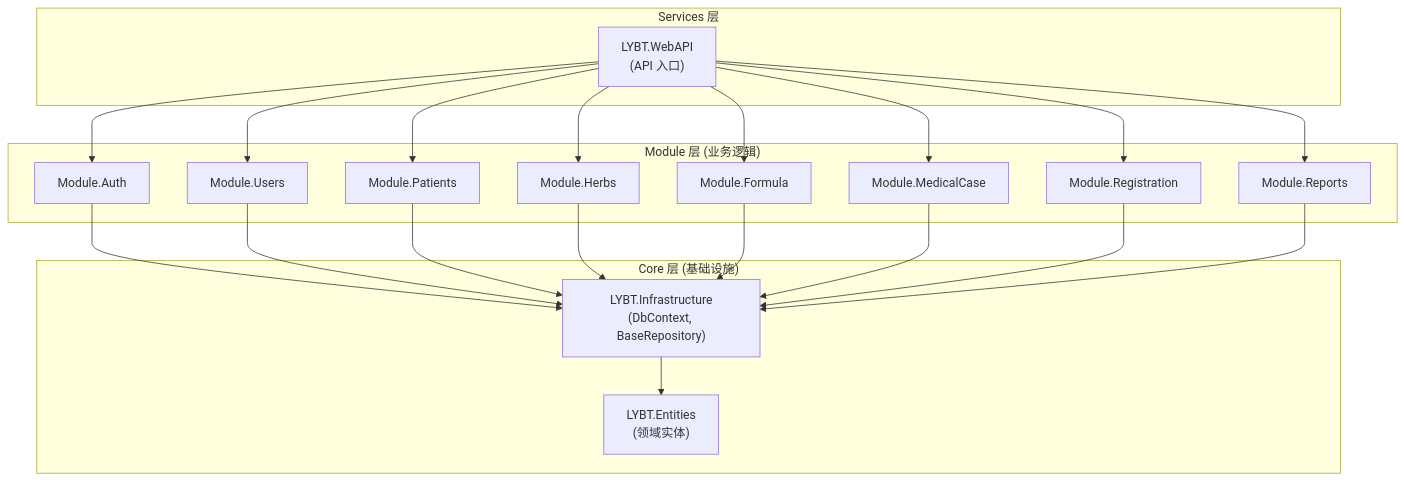
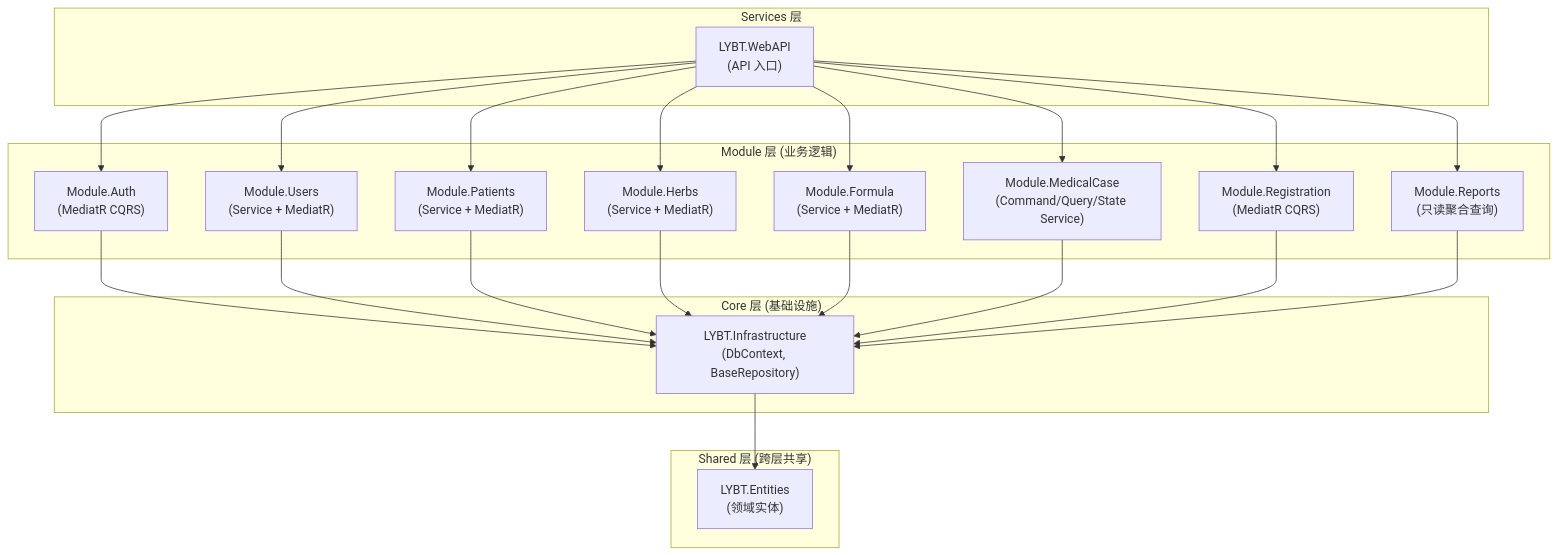
The first of 2 diagrams in docs/03-architecture/03-server.md (shouqitao/LYBTZYZS), drawn with Mermaid before and after one commit. The commit also changed other lines of this file and 1 other file, not shown here.

Commit message:
docs(server): sync 03-server.md with actual architecture (14 findings)

````diff
--- a/docs/03-architecture/03-server.md
+++ b/docs/03-architecture/03-server.md
@@ -9,26 +9,29 @@
 ```mermaid
 graph TB
     subgraph Services["Services 层"]
         WebAPI["LYBT.WebAPI<br>(API 入口)"]
     end
 
     subgraph Modules["Module 层 (业务逻辑)"]
-        Auth["Module.Auth"]
-        Users["Module.Users"]
-        Patients["Module.Patients"]
-        Herbs["Module.Herbs"]
-        Formula["Module.Formula"]
-        MC["Module.MedicalCase"]
-        Reg["Module.Registration"]
-        Reports["Module.Reports"]
+        Auth["Module.Auth<br>(MediatR CQRS)"]
+        Users["Module.Users<br>(Service + MediatR)"]
+        Patients["Module.Patients<br>(Service + MediatR)"]
+        Herbs["Module.Herbs<br>(Service + MediatR)"]
+        Formula["Module.Formula<br>(Service + MediatR)"]
+        MC["Module.MedicalCase<br>(Command/Query/State Service)"]
+        Reg["Module.Registration<br>(MediatR CQRS)"]
+        Reports["Module.Reports<br>(只读聚合查询)"]
     end
 
     subgraph Core["Core 层 (基础设施)"]
         Infra["LYBT.Infrastructure<br>(DbContext, BaseRepository)"]
+    end
+
+    subgraph Shared["Shared 层 (跨层共享)"]
         Entities["LYBT.Entities<br>(领域实体)"]
     end
 
     WebAPI --> Auth & Users & Patients & Herbs & Formula & MC & Reg & Reports
     Auth & Users & Patients & Herbs & Formula & MC & Reg & Reports --> Infra
     Infra --> Entities
 ```
````
